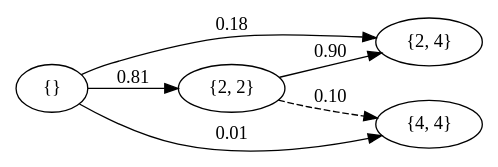
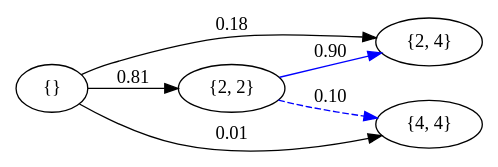
Before and after one commit to jdleesmiller/jdleesmiller.github.io: the diagram in assets/2048/markov_chain_1.dot, drawn with Graphviz. The commit also changed 5 other files, not shown here.

```diff
--- a/assets/2048/markov_chain_1.dot
+++ b/assets/2048/markov_chain_1.dot
@@ -1,12 +1,12 @@
 digraph {
   rankdir=LR;
   s_ [label="{}"];
   s_2_2 [label="{2, 2}"];
   s_2_4 [label="{2, 4}"];
   s_4_4 [label="{4, 4}"];
   s_ -> s_2_2 [label="0.81"]
   s_ -> s_2_4 [label="0.18"]
   s_ -> s_4_4 [label="0.01"]
-  s_2_2 -> s_2_4 [label="0.90"]
-  s_2_2 -> s_4_4 [style=dashed, label="0.10"]
+  s_2_2 -> s_2_4 [label="0.90", color=blue]
+  s_2_2 -> s_4_4 [style=dashed, label="0.10", color=blue]
 }
```
